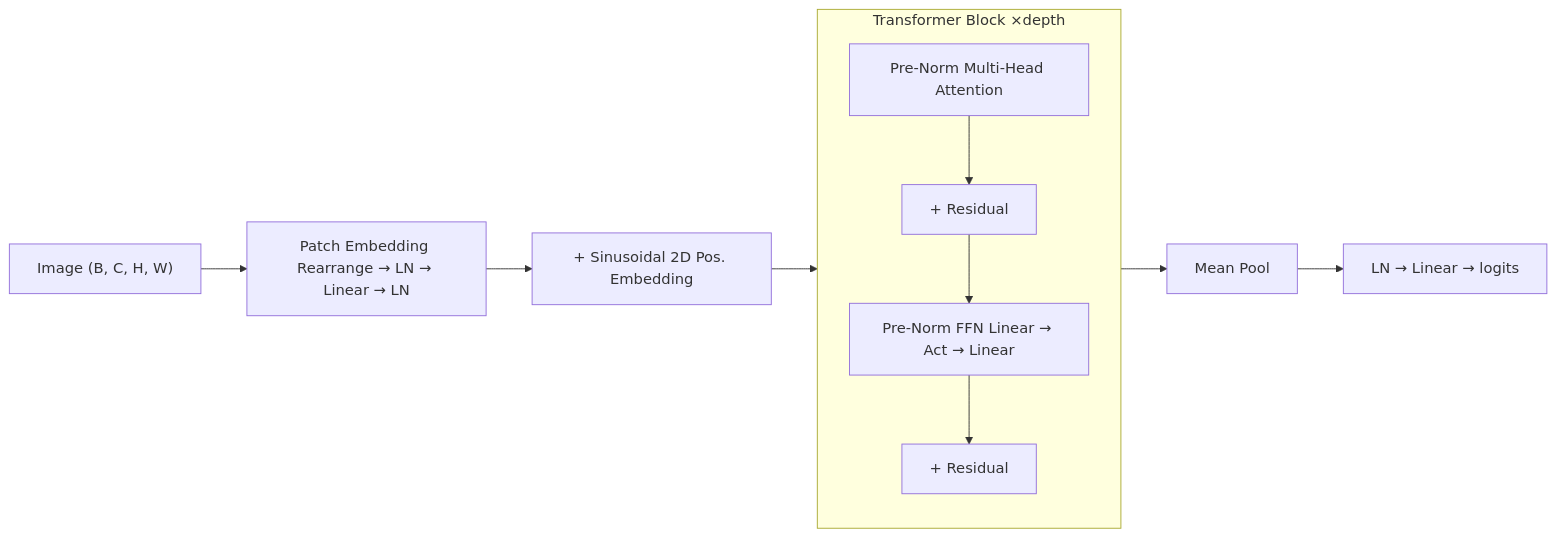
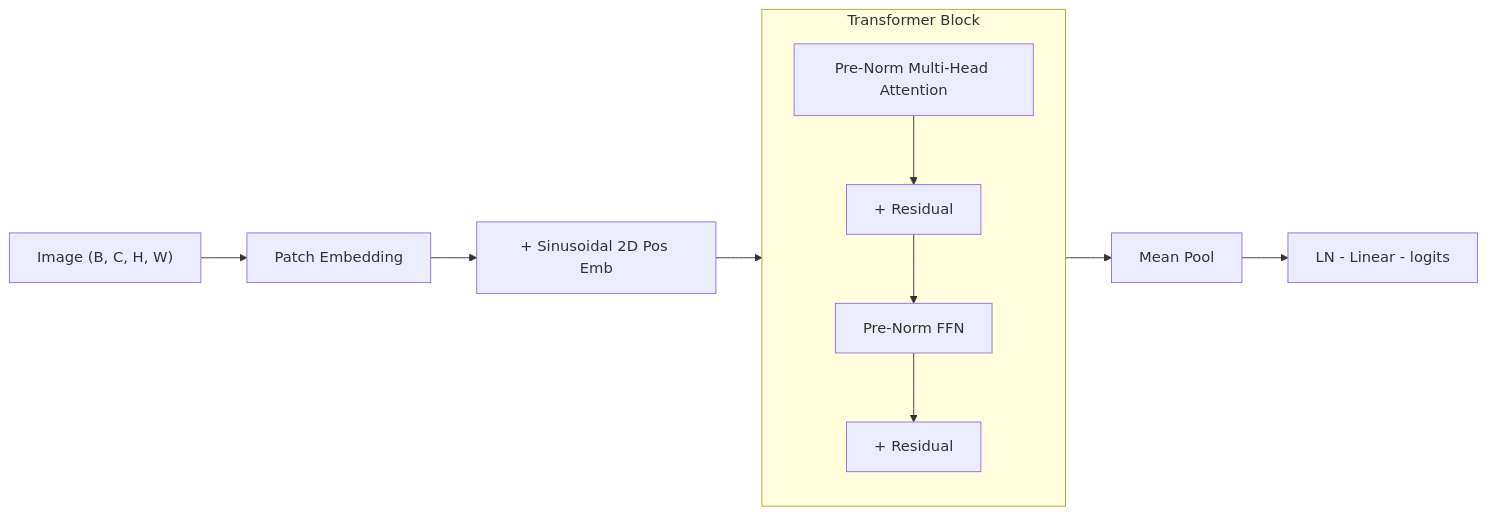
The first of 3 diagrams in README.md (MaTichy/Rational_Activations_and_Compression_in_Visual_Transformer_Models), drawn with Mermaid before and after one commit. The commit also changed other lines of this file and 3 other files, not shown here.

First line of the commit message:
Update experiment to 20 epochs, fix mermaid diagrams, add compression metrics

````diff
--- a/README.md
+++ b/README.md
@@ -56,15 +68,14 @@
 ```mermaid
 flowchart LR
-    A["Image (B, C, H, W)"] --> B["Patch Embedding Rearrange → LN → Linear → LN"]
-    B --> C["+ Sinusoidal 2D Pos. Embedding"]
-    C --> D["Transformer ×depth"]
-    D --> E["Mean Pool"]
-    E --> F["LN → Linear → logits"]
+    A["Image (B, C, H, W)"] --> B["Patch Embedding"]
+    B --> C["+ Sinusoidal 2D Pos Emb"]
+    C --> T["Transformer x depth"]
+    T --> E["Mean Pool"]
+    E --> F["LN - Linear - logits"]
 
-    subgraph D["Transformer Block ×depth"]
+    subgraph T["Transformer Block"]
         direction TB
-        D1["Pre-Norm Multi-Head Attention"] --> D2["+ Residual"]
-        D2 --> D3["Pre-Norm FFN Linear → Act → Linear"]
-        D3 --> D4["+ Residual"]
+        T1["Pre-Norm Multi-Head Attention"] --> T2["+ Residual"]
+        T2 --> T3["Pre-Norm FFN"] --> T4["+ Residual"]
     end
 ```
````
